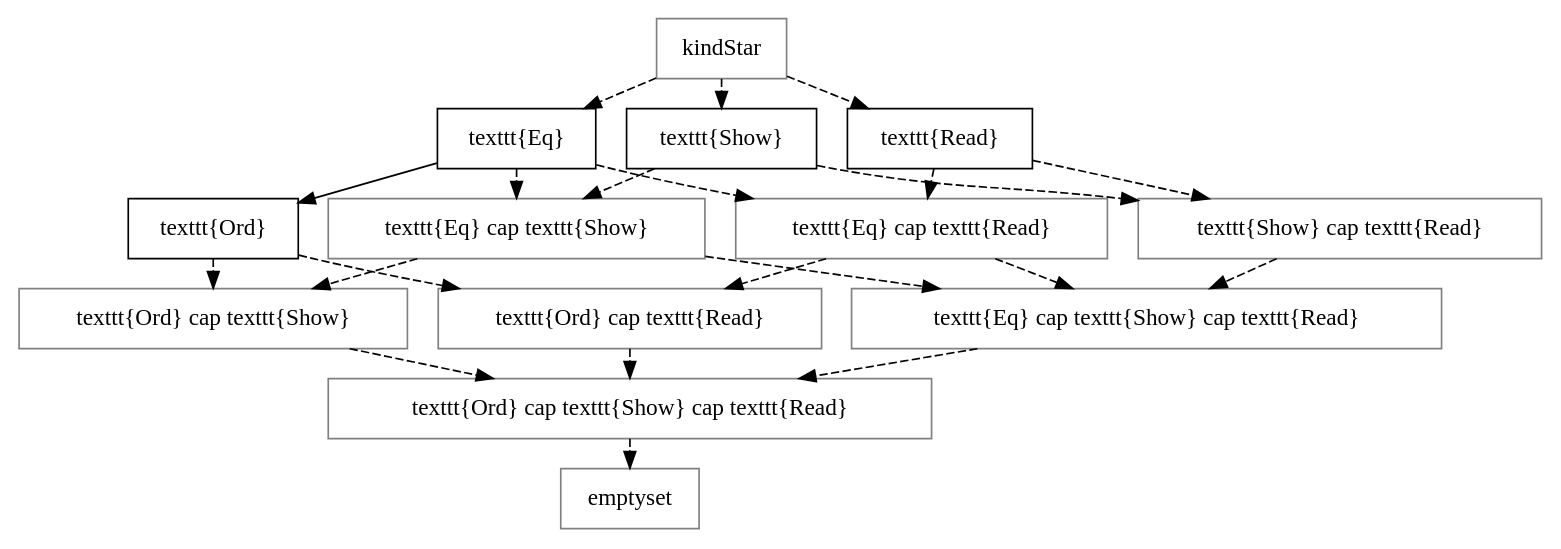
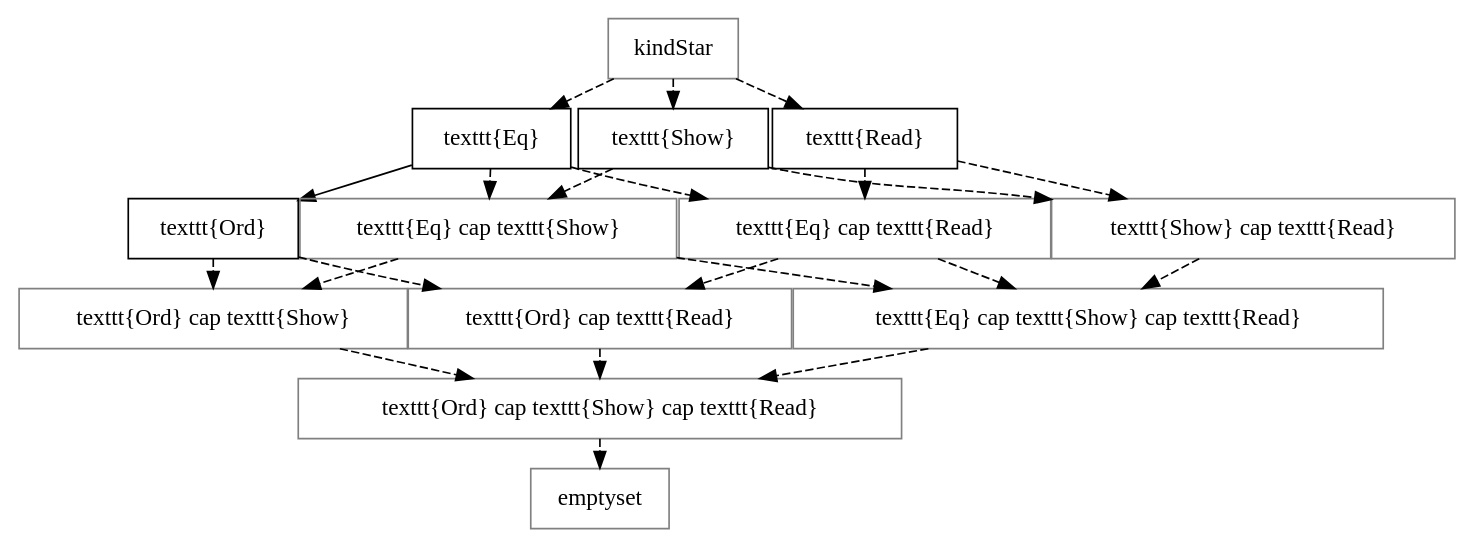
Before and after one commit to xkollar/thesis-mgr-2011: the diagram in text/diagram/kinds_star2.dot, drawn with Graphviz.

Commit message:
Added positioning info to diagram.

```diff
--- a/text/diagram/kinds_star2.dot
+++ b/text/diagram/kinds_star2.dot
@@ -1,43 +1,52 @@
 digraph kinds {
 	graph [ranksep=0.25];
+	graph [nodesep=-0.2];
 	node [shape=box];
 
-	"\kindStar" [color=gray];
-	"\texttt{Eq} \cap \texttt{Show}" [color=gray];
-	"\texttt{Eq} \cap \texttt{Read}" [color=gray];
-	"\texttt{Ord} \cap \texttt{Show}" [color=gray];
-	"\texttt{Show} \cap \texttt{Read}" [color=gray];
-	"\texttt{Ord} \cap \texttt{Show}" [color=gray];
-	"\texttt{Ord} \cap \texttt{Read}" [color=gray];
-	"\texttt{Eq} \cap \texttt{Show} \cap \texttt{Read}" [color=gray];
-	"\texttt{Ord} \cap \texttt{Show} \cap \texttt{Read}" [color=gray];
-	"\emptyset" [color=gray];
+	"\kindStar" [co="2,5",color=gray];
+
+	"\texttt{Eq}" [co="1,4"];
+	"\texttt{Show}" [co="2,4"];
+	"\texttt{Read}" [co="3,4"];
+
+	"\texttt{Ord}" [co="0,3"];
+	"\texttt{Eq} \cap \texttt{Show}" [co="1,3",color=gray];
+	"\texttt{Eq} \cap \texttt{Read}" [co="2,3",color=gray];
+	"\texttt{Show} \cap \texttt{Read}" [co="3,3",color=gray];
+
+	"\texttt{Ord} \cap \texttt{Show}" [co="0,2",color=gray];
+	"\texttt{Ord} \cap \texttt{Read}" [co="1,2",color=gray];
+	"\texttt{Eq} \cap \texttt{Show} \cap \texttt{Read}" [co="2,2",color=gray];
+
+	"\texttt{Ord} \cap \texttt{Show} \cap \texttt{Read}" [co="1,1",color=gray];
+
+	"\emptyset" [co="1,0",color=gray];
 
 
 	"\kindStar" -> "\texttt{Eq}" [style=dashed];
 	"\kindStar" -> "\texttt{Show}" [style=dashed];
 	"\kindStar" -> "\texttt{Read}" [style=dashed];
 	// {rank=same; "\texttt{Eq}"; "\texttt{Show}"; "\texttt{Read}"};
 
 	"\texttt{Eq}" -> "\texttt{Ord}";
 	"\texttt{Eq}" -> "\texttt{Eq} \cap \texttt{Show}" [style=dashed];
 	"\texttt{Eq}" -> "\texttt{Eq} \cap \texttt{Read}" [style=dashed];
 	"\texttt{Show}" -> "\texttt{Eq} \cap \texttt{Show}" [style=dashed];
 	"\texttt{Show}" -> "\texttt{Show} \cap \texttt{Read}" [style=dashed];
 	"\texttt{Read}" -> "\texttt{Eq} \cap \texttt{Read}" [style=dashed];
 	"\texttt{Read}" -> "\texttt{Show} \cap \texttt{Read}" [style=dashed];
 
 	"\texttt{Ord}" -> "\texttt{Ord} \cap \texttt{Show}" [style=dashed];
 	"\texttt{Ord}" -> "\texttt{Ord} \cap \texttt{Read}" [style=dashed];
 	"\texttt{Eq} \cap \texttt{Show}" -> "\texttt{Ord} \cap \texttt{Show}" [style=dashed];
 	"\texttt{Eq} \cap \texttt{Show}" -> "\texttt{Eq} \cap \texttt{Show} \cap \texttt{Read}" [style=dashed];
 	"\texttt{Eq} \cap \texttt{Read}" -> "\texttt{Ord} \cap \texttt{Read}" [style=dashed];
 	"\texttt{Eq} \cap \texttt{Read}" -> "\texttt{Eq} \cap \texttt{Show} \cap \texttt{Read}" [style=dashed];
 	"\texttt{Show} \cap \texttt{Read}" -> "\texttt{Eq} \cap \texttt{Show} \cap \texttt{Read}" [style=dashed];
 
 	"\texttt{Ord} \cap \texttt{Show}" -> "\texttt{Ord} \cap \texttt{Show} \cap \texttt{Read}" [style=dashed];
 	"\texttt{Ord} \cap \texttt{Read}" -> "\texttt{Ord} \cap \texttt{Show} \cap \texttt{Read}" [style=dashed];
 	"\texttt{Eq} \cap \texttt{Show} \cap \texttt{Read}" -> "\texttt{Ord} \cap \texttt{Show} \cap \texttt{Read}" [style=dashed];
 
 	"\texttt{Ord} \cap \texttt{Show} \cap \texttt{Read}" -> "\emptyset" [style=dashed];
 }
```
